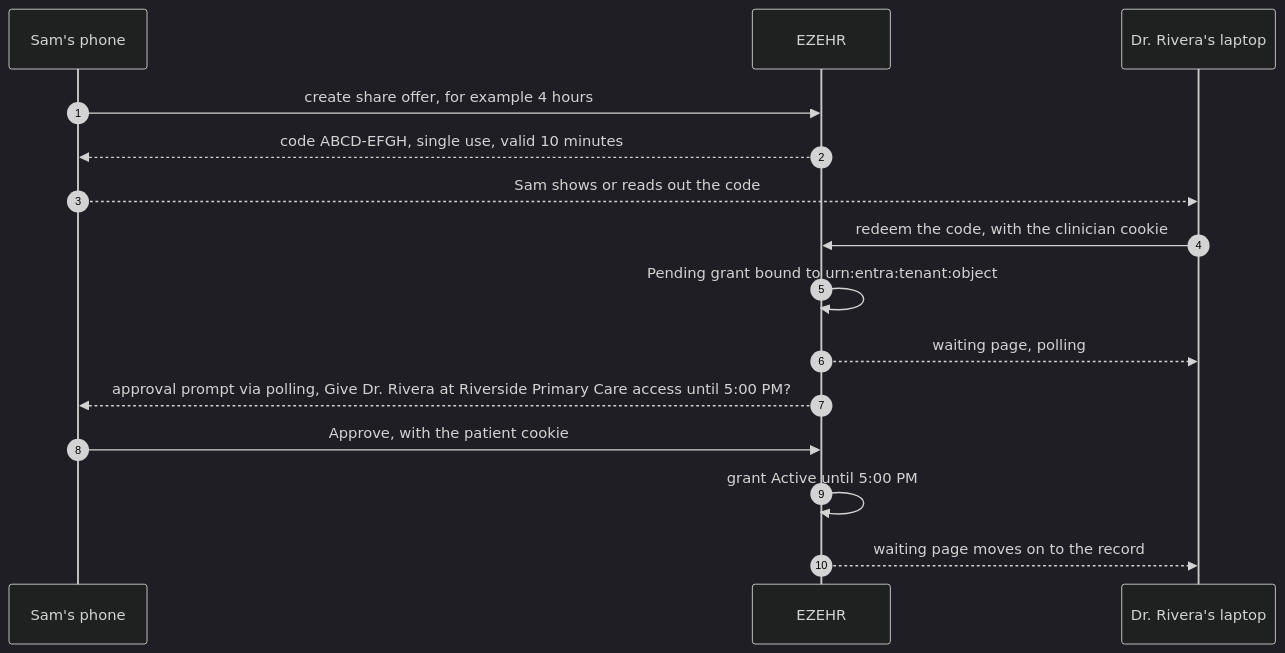
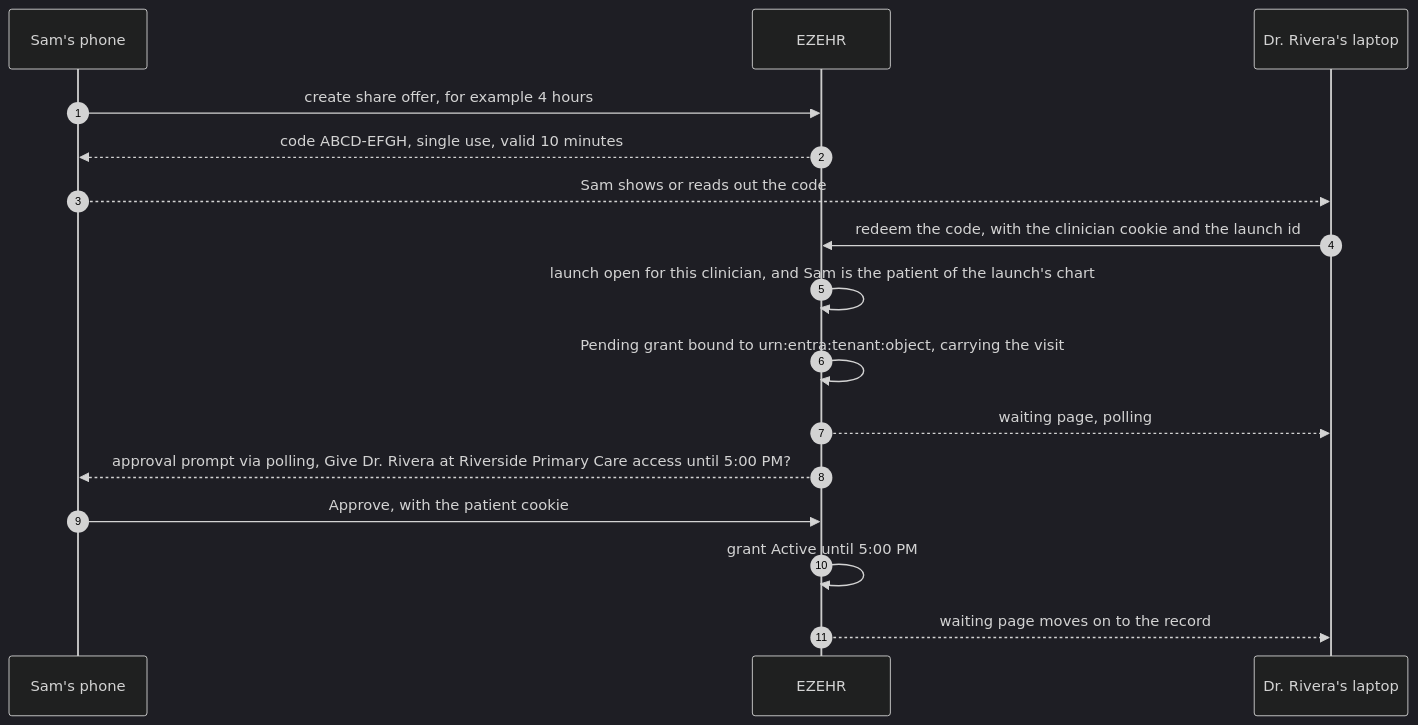
Before and after one commit to ParkerHitch/EZEHR: the seventh of 15 diagrams in docs/auth-flows.md, drawn with Mermaid (dark theme). The commit also changed other lines of this file and 39 other files, not shown here.

First line of the commit message:
feat: a clinician reaches a record only through a launch from their organization

````diff
--- a/docs/auth-flows.md
+++ b/docs/auth-flows.md
@@ -277,17 +277,18 @@
 ```mermaid
 sequenceDiagram
   autonumber
   participant Ph as Sam's phone
   participant Web as EZEHR
   participant Doc as Dr. Rivera's laptop
   Ph->>Web: create share offer, for example 4 hours
   Web-->>Ph: code ABCD-EFGH, single use, valid 10 minutes
   Ph-->>Doc: Sam shows or reads out the code
-  Doc->>Web: redeem the code, with the clinician cookie
-  Web->>Web: Pending grant bound to urn:entra:tenant:object
+  Doc->>Web: redeem the code, with the clinician cookie and the launch id
+  Web->>Web: launch open for this clinician, and Sam is the patient of the launch's chart
+  Web->>Web: Pending grant bound to urn:entra:tenant:object, carrying the visit
   Web-->>Doc: waiting page, polling
   Web-->>Ph: approval prompt via polling, Give Dr. Rivera at Riverside Primary Care access until 5:00 PM?
   Ph->>Web: Approve, with the patient cookie
   Web->>Web: grant Active until 5:00 PM
   Web-->>Doc: waiting page moves on to the record
 ```
````
